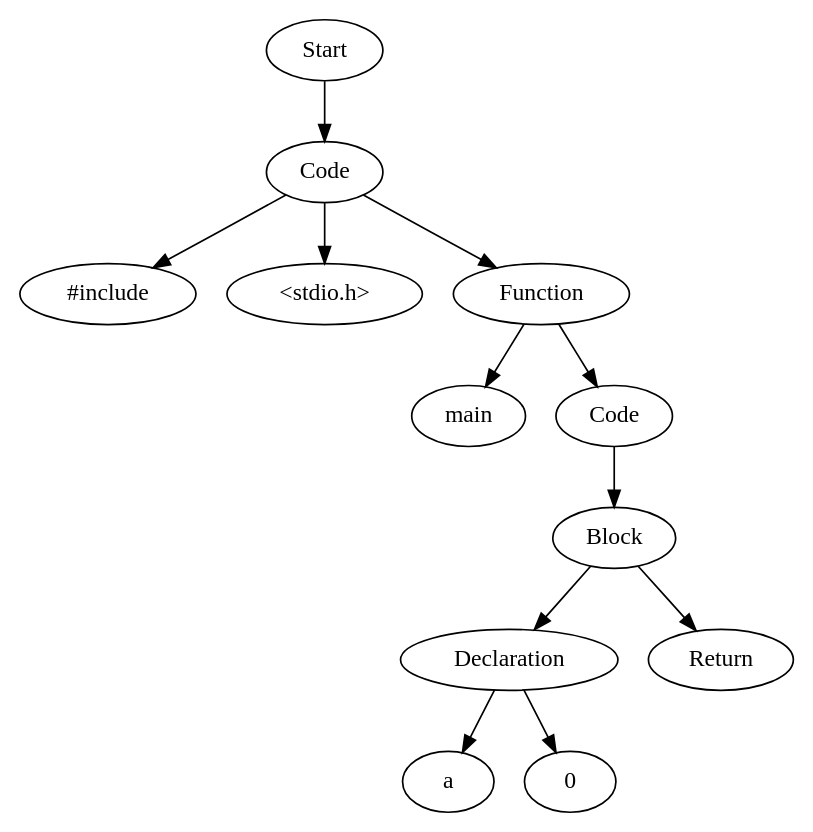
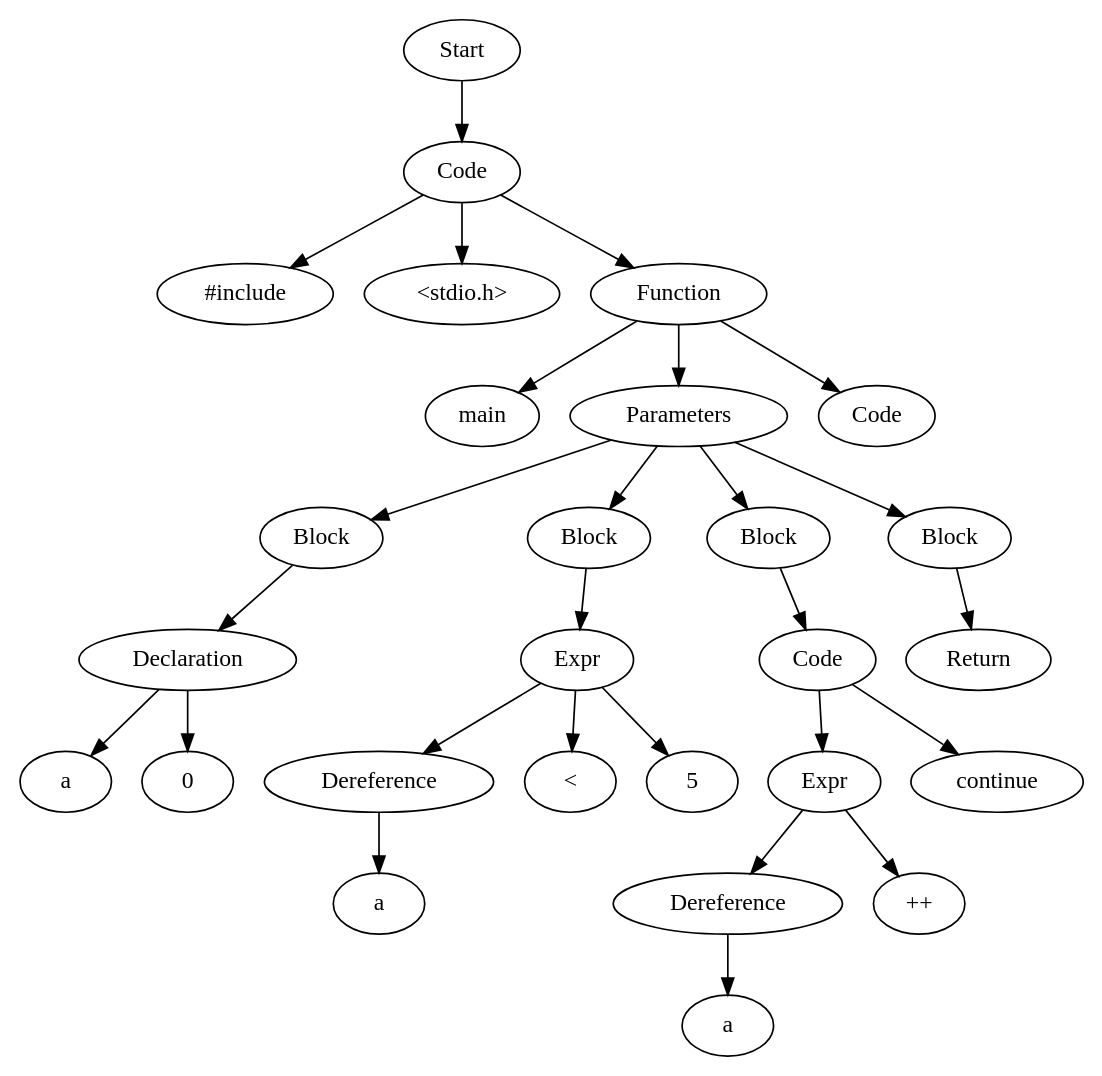
One commit to Are-you-listening/Compilers changed the diagram in TestCases/ASTTests/DeadCodeRemoveTests/CreateTests/read_file_after.dot. Above: the diagram before and after it, drawn with Graphviz. The commit also changed 254 other files, not shown here.

```diff
--- a/TestCases/ASTTests/DeadCodeRemoveTests/CreateTests/read_file_after.dot
+++ b/TestCases/ASTTests/DeadCodeRemoveTests/CreateTests/read_file_after.dot
@@ -1,25 +1,55 @@
 digraph AST {
-  "123503069641456" [label="Start"];
-  "123503069641456" -> "123503069627344";
-  "123503069627344" [label="Code"];
-  "123503069627344" -> "123503069638336";
-  "123503069627344" -> "123503069637856";
-  "123503069627344" -> "123503069638528";
-  "123503069638336" [label="#include"];
-  "123503069637856" [label="<stdio.h>"];
-  "123503069638528" [label="Function"];
-  "123503069638528" -> "123503069786032";
-  "123503069638528" -> "123503069787472";
-  "123503069786032" [label="main"];
-  "123503069787472" [label="Code"];
-  "123503069787472" -> "123503069783824";
-  "123503069783824" [label="Block"];
-  "123503069783824" -> "123503069787232";
-  "123503069783824" -> "123503069779072";
-  "123503069787232" [label="Declaration"];
-  "123503069787232" -> "123503069786896";
-  "123503069787232" -> "123503069777056";
-  "123503069786896" [label="a"];
-  "123503069777056" [label="0"];
-  "123503069779072" [label="Return"];
+  "129549670999248" [label="Start"];
+  "129549670999248" -> "129549669112976";
+  "129549669112976" [label="Code"];
+  "129549669112976" -> "129549669110672";
+  "129549669112976" -> "129549669111584";
+  "129549669112976" -> "129549669111632";
+  "129549669110672" [label="#include"];
+  "129549669111584" [label="<stdio.h>"];
+  "129549669111632" [label="Function"];
+  "129549669111632" -> "129549669110000";
+  "129549669111632" -> "129549669110576";
+  "129549669111632" -> "129549669110624";
+  "129549669110000" [label="main"];
+  "129549669110576" [label="Parameters"];
+  "129549669110576" -> "129549669109904";
+  "129549669110576" -> "129549669109184";
+  "129549669110576" -> "129549669110144";
+  "129549669110576" -> "129549669107264";
+  "129549669109904" [label="Block"];
+  "129549669109904" -> "129549669109520";
+  "129549669109520" [label="Declaration"];
+  "129549669109520" -> "129549669109472";
+  "129549669109520" -> "129549669109232";
+  "129549669109472" [label="a"];
+  "129549669109232" [label="0"];
+  "129549669109184" [label="Block"];
+  "129549669109184" -> "129549669109040";
+  "129549669109040" [label="Expr"];
+  "129549669109040" -> "129549669108992";
+  "129549669109040" -> "129549669110096";
+  "129549669109040" -> "129549669108896";
+  "129549669108992" [label="Dereference"];
+  "129549669108992" -> "129549669108848";
+  "129549669108848" [label="a"];
+  "129549669110096" [label="<"];
+  "129549669108896" [label="5"];
+  "129549669110144" [label="Block"];
+  "129549669110144" -> "129549669109808";
+  "129549669109808" [label="Code"];
+  "129549669109808" -> "129549669111968";
+  "129549669109808" -> "129549669107936";
+  "129549669111968" [label="Expr"];
+  "129549669111968" -> "129549669111824";
+  "129549669111968" -> "129549669111872";
+  "129549669111824" [label="Dereference"];
+  "129549669111824" -> "129549669107984";
+  "129549669107984" [label="a"];
+  "129549669111872" [label="++"];
+  "129549669107936" [label="continue"];
+  "129549669107264" [label="Block"];
+  "129549669107264" -> "129549669107888";
+  "129549669107888" [label="Return"];
+  "129549669110624" [label="Code"];
 }
```
